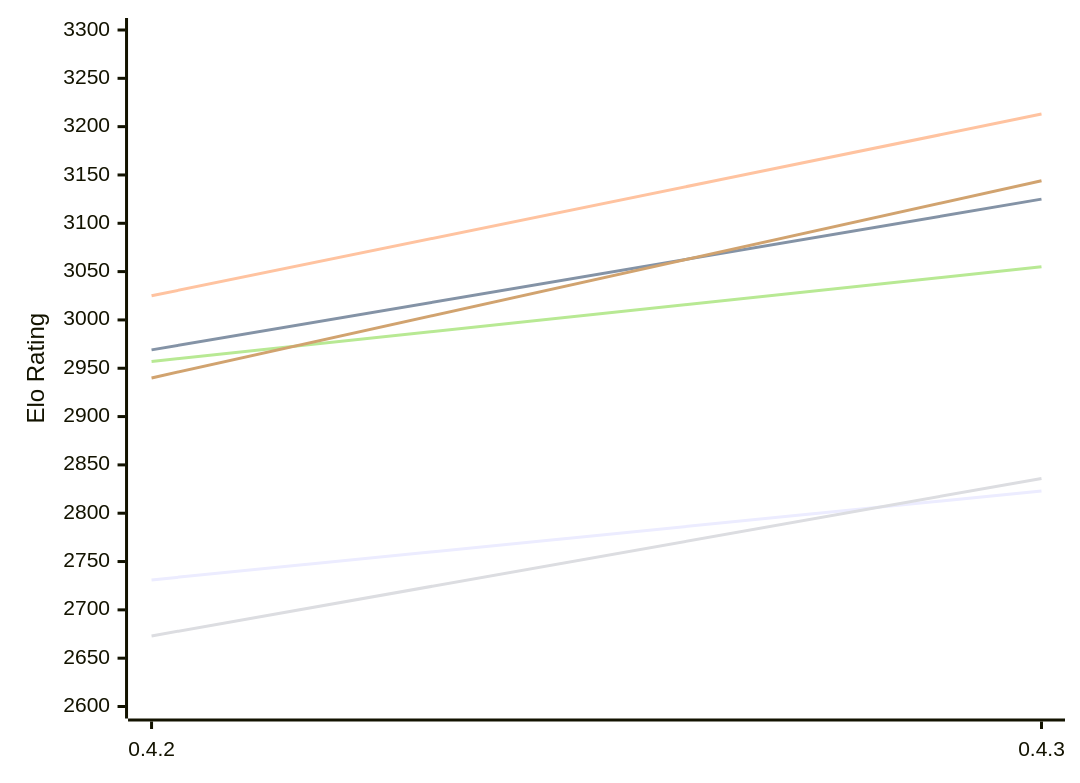
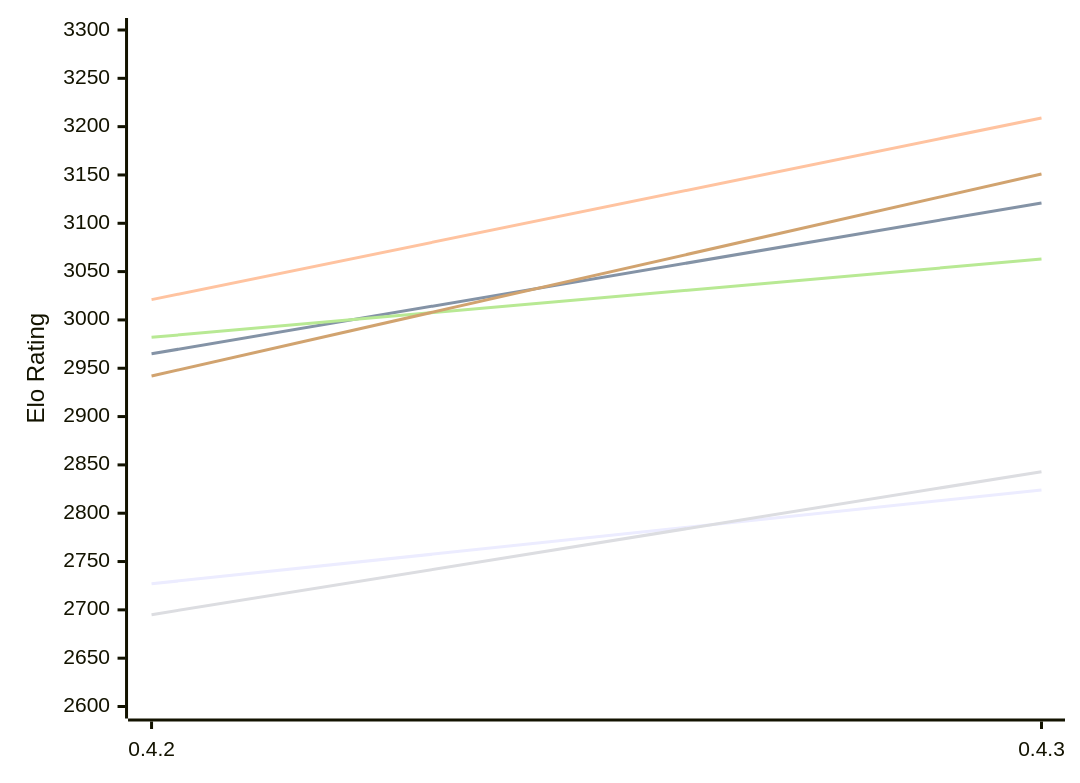
The first of 2 diagrams in engines/Dual.md (computer-chess-index/cci), drawn with Mermaid before and after one commit. The commit also changed other lines of this file, not shown here.

Commit message:
Update CCI Ratings (ELO VLTC) - 2026-11-21

````diff
--- a/engines/Dual.md
+++ b/engines/Dual.md
@@ -56,12 +56,12 @@
 ```mermaid
 %%{init: {"theme":"base","themeVariables":{"seriesColors:['#a3a3a3','#222221','#faa371']}}}%%
 xychart-beta
   x-axis ["0.4.2", "0.4.3"]
   y-axis "Elo Rating" 2600 --> 3300
-  line "E1: STC (8.0+0.08s)" [2731, 2823]
-  line "E1: LTC (60.0+0.60s)" [2969, 3125]
-  line "E1: VLTC (2m24s+1.12s)" [3025, 3213]
-  line "P1: STC (8.0+0.08s)" [2673, 2836]
-  line "P1: LTC (60.0+0.60s)" [2957, 3055]
-  line "P1: VLTC (2m24s+1.12s)" [2940, 3144]
+  line "E1: STC (8.0+0.08s)" [2727, 2824]
+  line "E1: LTC (60.0+0.60s)" [2965, 3121]
+  line "E1: VLTC (2m24s+1.12s)" [3021, 3209]
+  line "P1: STC (8.0+0.08s)" [2695, 2843]
+  line "P1: LTC (60.0+0.60s)" [2982, 3063]
+  line "P1: VLTC (2m24s+1.12s)" [2942, 3151]
 ```
````
